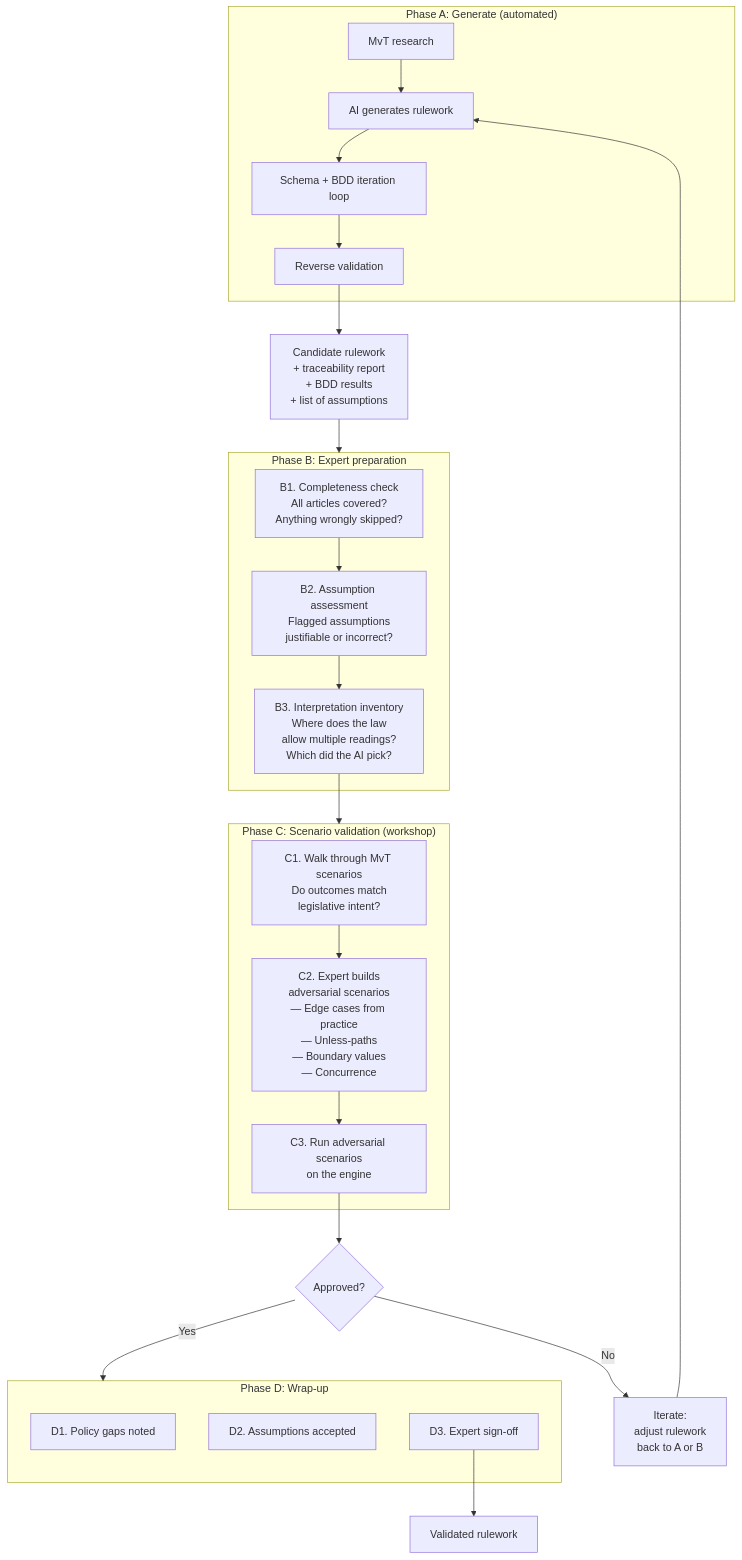
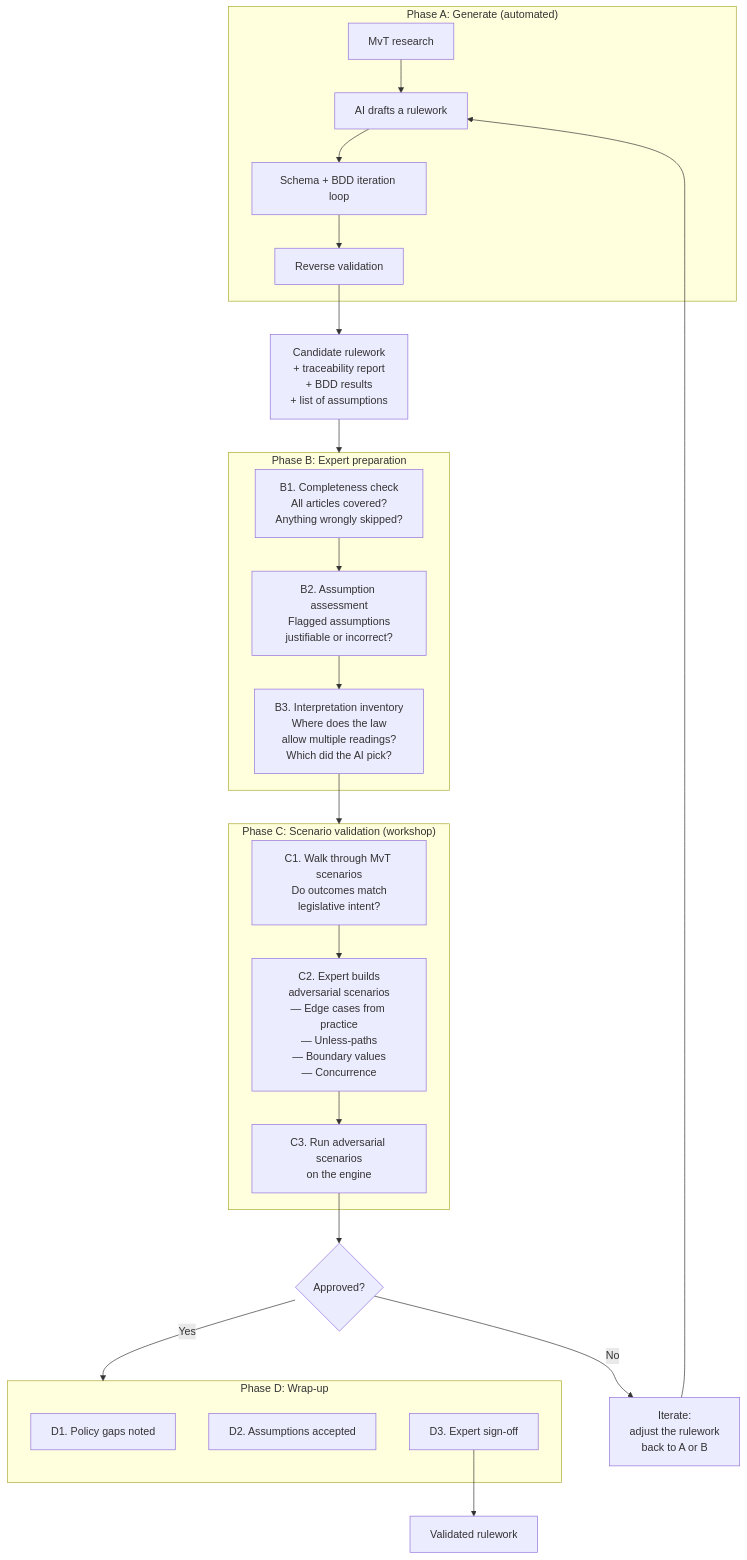
One commit to MinBZK/regelrecht changed the fourth of 5 diagrams in docs/src/content/docs/concepts/validation-methodology.md. Above: the diagram before and after it, drawn with Mermaid. The commit also changed other lines of this file and 66 other files, not shown here.

````diff
--- a/docs/src/content/docs/concepts/validation-methodology.md
+++ b/docs/src/content/docs/concepts/validation-methodology.md
@@ -148,41 +148,41 @@
 ```mermaid
 flowchart TD
     subgraph A ["Phase A: Generate (automated)"]
-        A1[MvT research] --> A2[AI generates rulework]
+        A1[MvT research] --> A2[AI drafts a rulework]
         A2 --> A3[Schema + BDD iteration loop]
         A3 --> A4[Reverse validation]
     end
 
     A4 --> CANDIDATE["Candidate rulework\n+ traceability report\n+ BDD results\n+ list of assumptions"]
 
     CANDIDATE --> B
 
     subgraph B ["Phase B: Expert preparation"]
         B1[B1. Completeness check\nAll articles covered?\nAnything wrongly skipped?]
         B2[B2. Assumption assessment\nFlagged assumptions\njustifiable or incorrect?]
         B3[B3. Interpretation inventory\nWhere does the law\nallow multiple readings?\nWhich did the AI pick?]
         B1 --> B2 --> B3
     end
 
     B3 --> C
 
     subgraph C ["Phase C: Scenario validation (workshop)"]
         C1[C1. Walk through MvT scenarios\nDo outcomes match\nlegislative intent?]
         C2["C2. Expert builds\nadversarial scenarios\n— Edge cases from practice\n— Unless-paths\n— Boundary values\n— Concurrence"]
         C3[C3. Run adversarial scenarios\non the engine]
         C1 --> C2 --> C3
     end
 
     C3 --> PASS{Approved?}
-    PASS -->|No| ITERATE[Iterate:\nadjust rulework\nback to A or B]
+    PASS -->|No| ITERATE[Iterate:\nadjust the rulework\nback to A or B]
     ITERATE --> A2
     PASS -->|Yes| D
 
     subgraph D ["Phase D: Wrap-up"]
         D1[D1. Policy gaps noted]
         D2[D2. Assumptions accepted]
         D3[D3. Expert sign-off]
     end
 
     D3 --> DONE[Validated rulework]
 ```
````
